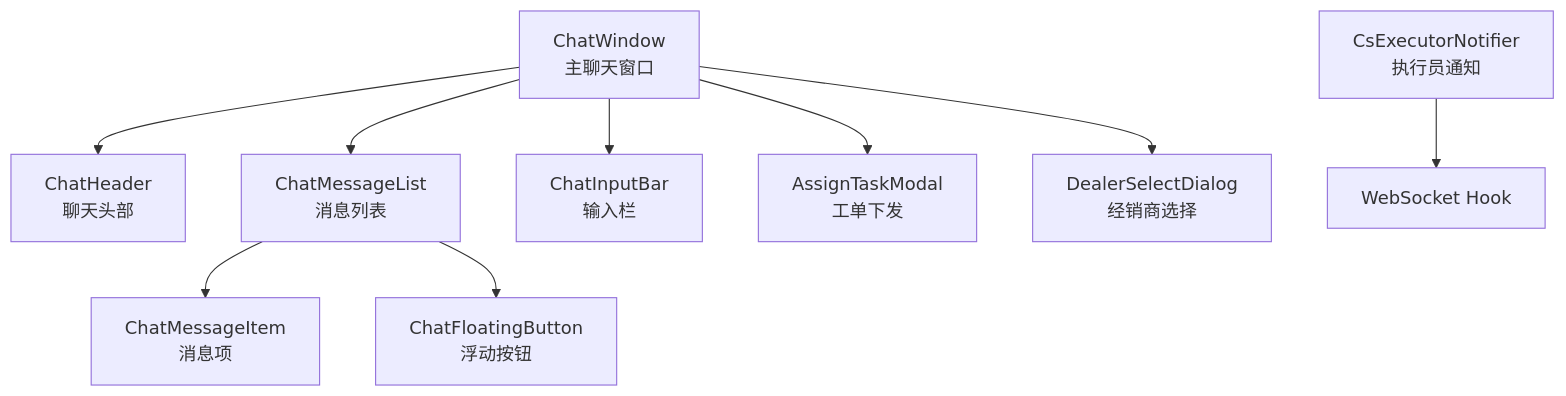
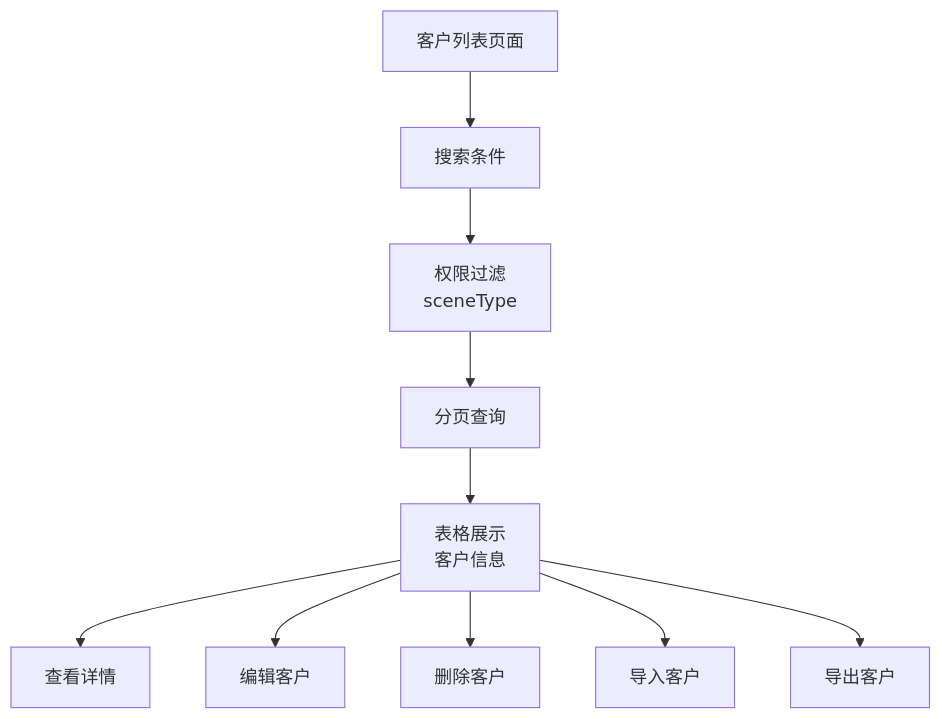
One commit to xiaoche80s-tech/rouyi-vue-pro changed the seventh of 16 diagrams in .qoder/repowiki/zh/content/前端架构/前端架构.md. Above: the diagram before and after it, drawn with Mermaid. The commit also changed other lines of this file and 900 other files, not shown here.

````diff
--- a/.qoder/repowiki/zh/content/前端架构/前端架构.md
+++ b/.qoder/repowiki/zh/content/前端架构/前端架构.md
@@ -410,11 +412,12 @@
 ```mermaid
-graph TB
-CW["ChatWindow<br/>主聊天窗口"] --> CH["ChatHeader<br/>聊天头部"]
-CW --> CML["ChatMessageList<br/>消息列表"]
-CW --> CIB["ChatInputBar<br/>输入栏"]
-CML --> CMI["ChatMessageItem<br/>消息项"]
-CML --> CF["ChatFloatingButton<br/>浮动按钮"]
-CW --> ATM["AssignTaskModal<br/>工单下发"]
-CW --> DSD["DealerSelectDialog<br/>经销商选择"]
-CEN["CsExecutorNotifier<br/>执行员通知"] --> WS["WebSocket Hook"]
+flowchart TD
+CustomerList["客户列表页面"] --> Search["搜索条件"]
+Search --> Filter["权限过滤<br/>sceneType"]
+Filter --> Query["分页查询"]
+Query --> List["表格展示<br/>客户信息"]
+List --> Detail["查看详情"]
+List --> Edit["编辑客户"]
+List --> Delete["删除客户"]
+List --> Import["导入客户"]
+List --> Export["导出客户"]
 ```
````
